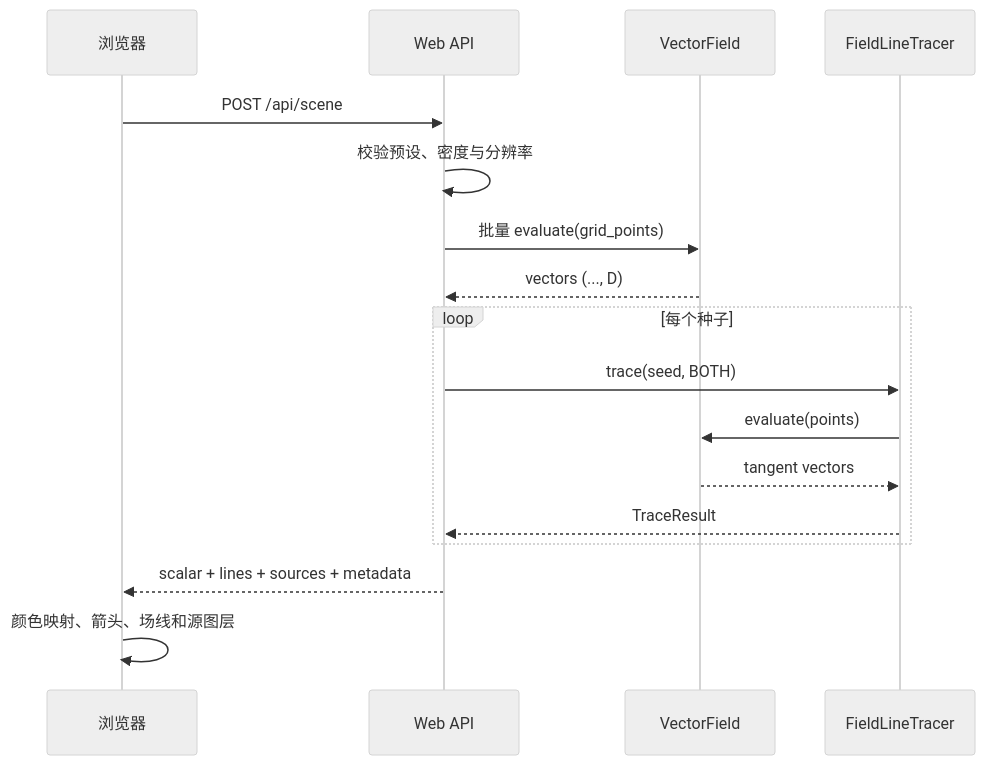
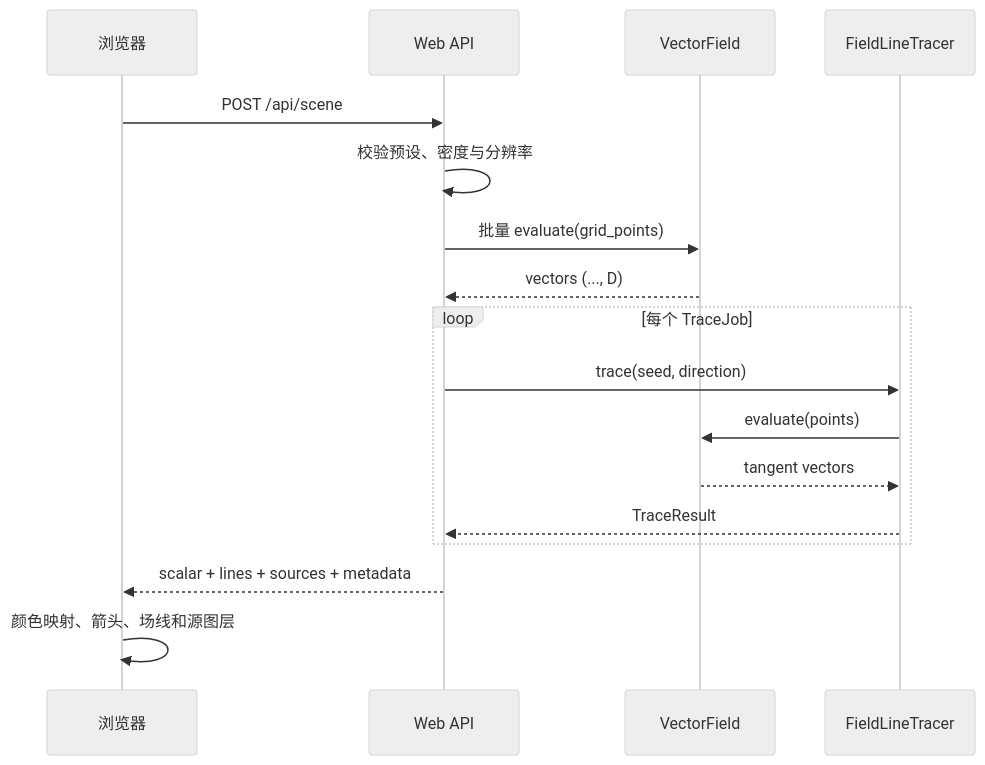
The diagram in docs/architecture.md (longwarriors/Vector_field_streamline), drawn with Mermaid (neutral theme) before and after one commit. The commit also changed other lines of this file and 22 other files, not shown here.

````diff
--- a/docs/architecture.md
+++ b/docs/architecture.md
@@ -41,20 +42,20 @@
 ```mermaid
 sequenceDiagram
     participant UI as 浏览器
     participant API as Web API
     participant Field as VectorField
     participant Tracer as FieldLineTracer
 
     UI->>API: POST /api/scene
     API->>API: 校验预设、密度与分辨率
     API->>Field: 批量 evaluate(grid_points)
     Field-->>API: vectors (..., D)
-    loop 每个种子
-        API->>Tracer: trace(seed, BOTH)
+    loop 每个 TraceJob
+        API->>Tracer: trace(seed, direction)
         Tracer->>Field: evaluate(points)
         Field-->>Tracer: tangent vectors
         Tracer-->>API: TraceResult
     end
     API-->>UI: scalar + lines + sources + metadata
     UI->>UI: 颜色映射、箭头、场线和源图层
 ```
````
